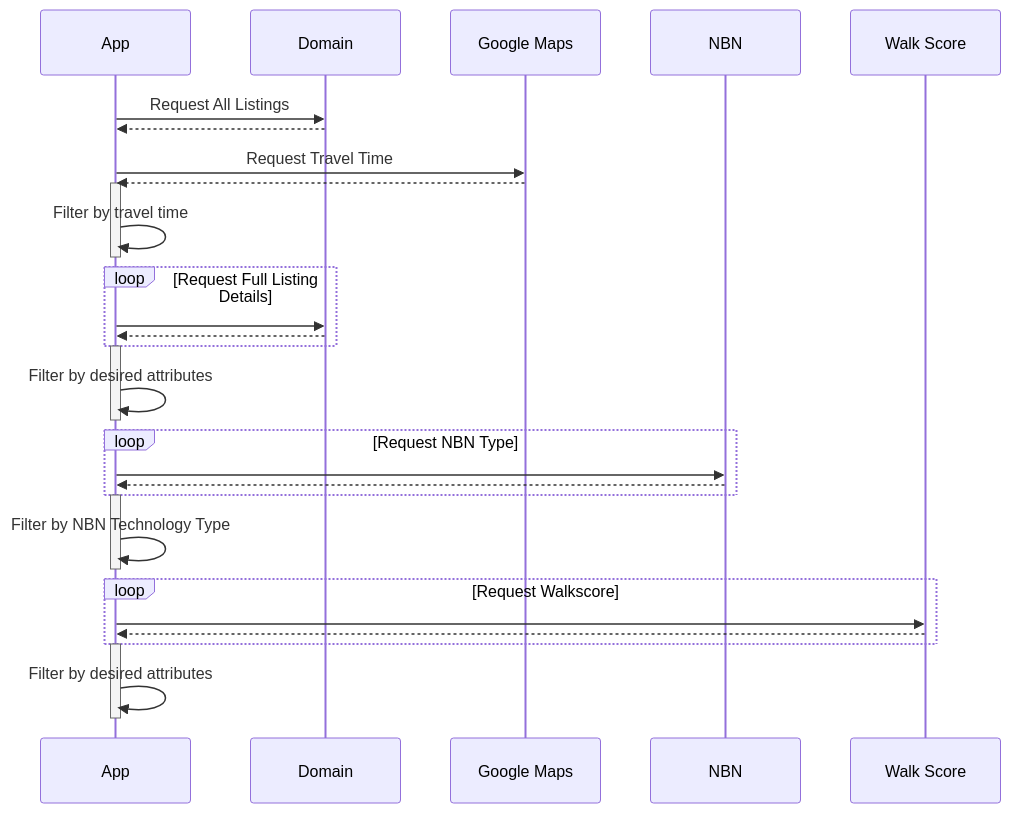
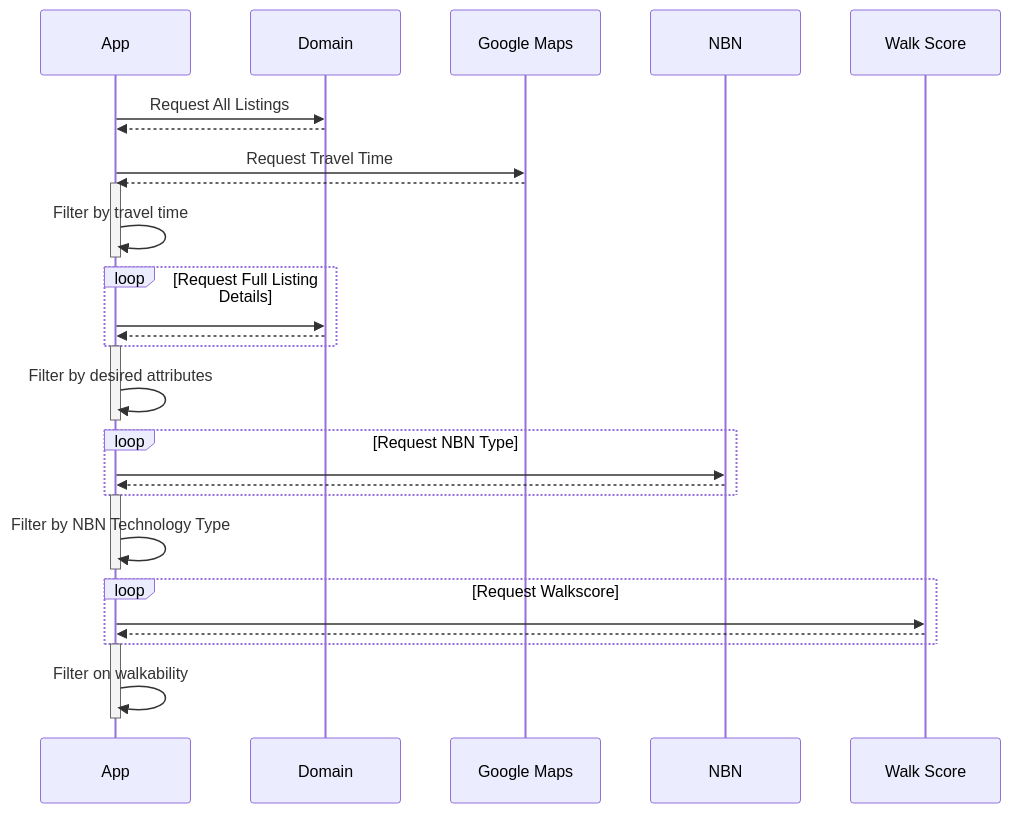
One commit to diabolical-ninja/yeltahir.com changed the diagram in content/posts/smart_property_search/index.md. Above: the diagram before and after it, drawn with Mermaid. The commit also changed other lines of this file and 1 other file, not shown here.

```diff
--- a/content/posts/smart_property_search/index.md
+++ b/content/posts/smart_property_search/index.md
@@ -169,53 +173,53 @@
 {{< mermaid >}}
 
 sequenceDiagram
     participant App
     participant Domain
     participant gm as Google Maps
     participant NBN
     participant ws as Walk Score
 
     %% All Listings
     App->>Domain: Request All Listings
     Domain-->>App: 
 
     %% Travel Time
     App->>gm: Request Travel Time
     gm-->>App: 
 
     activate App
         App->>App: Filter by travel time
     deactivate App
 
     %% Enriched Listings
     loop Request Full Listing Details
         App->>Domain: 
         Domain-->>App: 
     end
 
     activate App
         App->>App: Filter by desired attributes
     deactivate App
 
     %% NBN
     loop Request NBN Type
         App->>NBN: 
         NBN-->>App: 
     end
 
     activate App
         App->>App: Filter by NBN Technology Type
     deactivate App
 
 
     %% Walkscore
     loop Request Walkscore
         App->>ws: 
         ws-->>App: 
     end
 
     activate App
-        App->>App: Filter by desired attributes
+        App->>App: Filter on walkability
     deactivate App
 
 {{< /mermaid >}}
```
